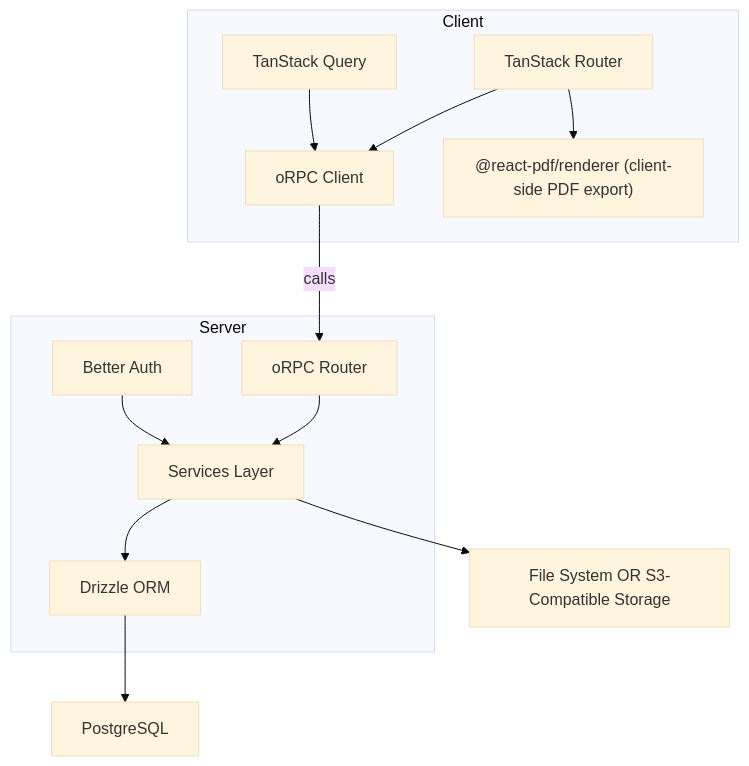
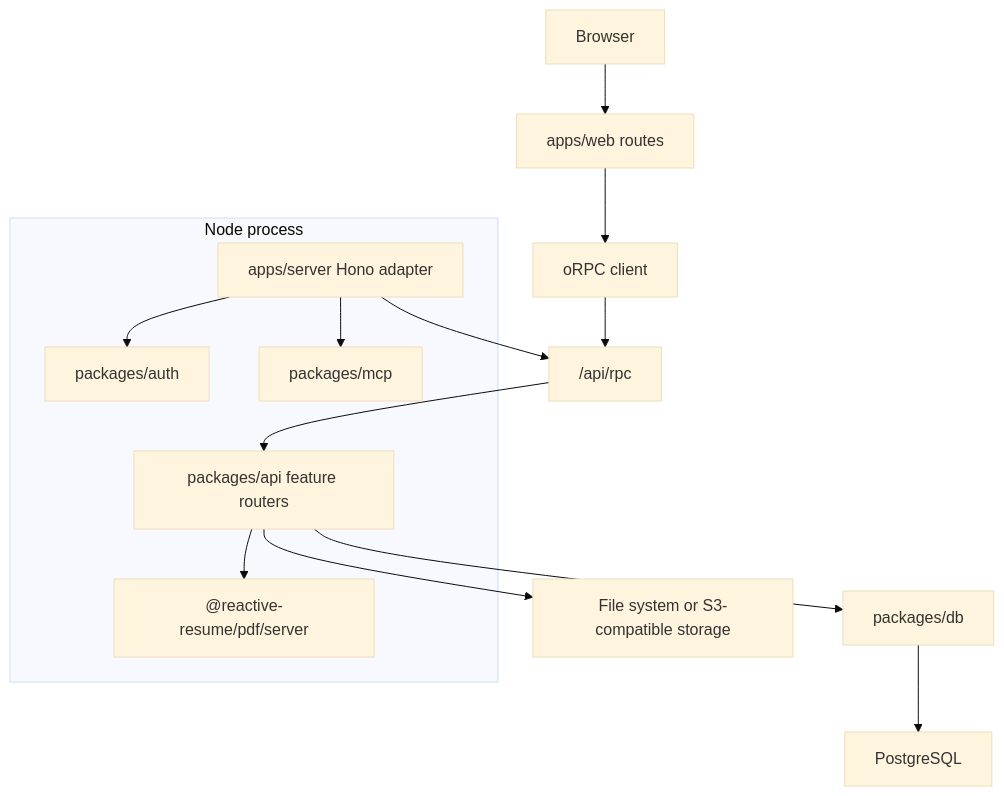
One commit to amruthpillai/reactive-resume changed the diagram in docs/contributing/architecture.mdx. Above: the diagram before and after it, drawn with Mermaid (base theme). The commit also changed other lines of this file and 431 other files, not shown here.

Commit message:
refactor(arch): react spa + hono migration

````diff
--- a/docs/contributing/architecture.mdx
+++ b/docs/contributing/architecture.mdx
@@ -29,31 +14,23 @@
 ```mermaid
 flowchart TD
-  %% Client Side
-  subgraph Client ["Client"]
-    Router["TanStack Router"]
-    Query["TanStack Query"]
-    ORPCClient["oRPC Client"]
-    PDF["@react-pdf/renderer (client-side PDF export)"]
+  Browser["Browser"] --> WebRoutes["apps/web routes"]
+  WebRoutes --> ORPCClient["oRPC client"]
+  ORPCClient --> RPC["/api/rpc"]
+
+  subgraph NodeProcess["Node process"]
+    Server["apps/server Hono adapter"]
+    API["packages/api feature routers"]
+    Auth["packages/auth"]
+    MCP["packages/mcp"]
+    PDFServer["@reactive-resume/pdf/server"]
   end
 
-  %% Server Side
-  subgraph Server ["Server"]
-    ORPCRouter["oRPC Router"]
-    Auth["Better Auth"]
-    Services["Services Layer"]
-    Drizzle["Drizzle ORM"]
-  end
-
-  Database["PostgreSQL"]
-  Storage["File System OR S3-Compatible Storage"]
-
-  Router --> ORPCClient
-  Query --> ORPCClient
-  ORPCClient -- calls --> ORPCRouter
-  ORPCRouter --> Services
-  Auth --> Services
-  Services --> Drizzle
-  Drizzle --> Database
-  Services --> Storage
-  Router --> PDF
+  Server --> RPC
+  RPC --> API
+  Server --> Auth
+  Server --> MCP
+  API --> PDFServer
+  API --> DB["packages/db"]
+  API --> Storage["File system or S3-compatible storage"]
+  DB --> Postgres["PostgreSQL"]
 ```
````
